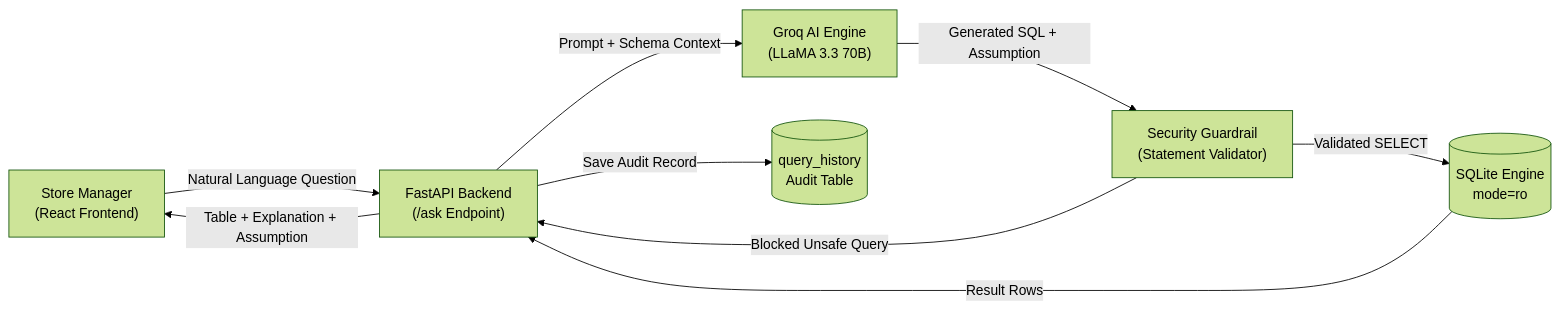
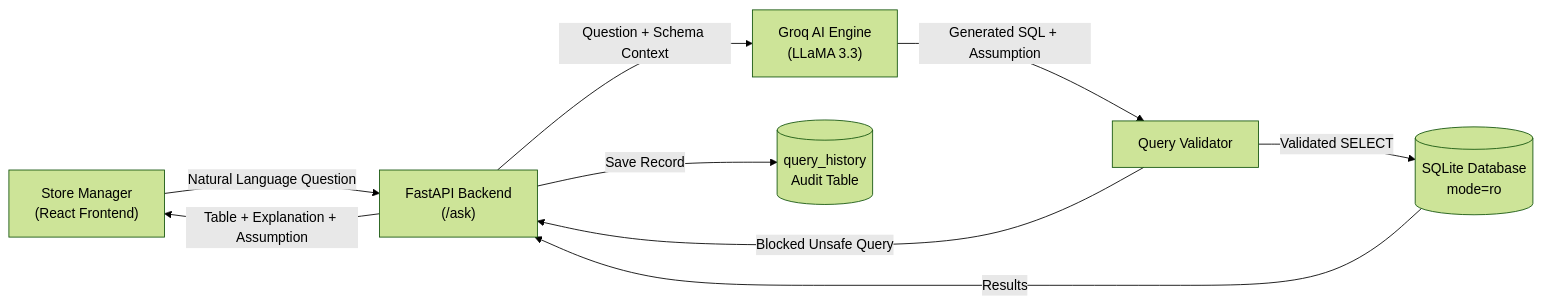
The first of 2 diagrams in README.md (AditiAhuja01/QuickKart-Text-to-SQL-Analytics-Tool), drawn with Mermaid (forest theme) before and after one commit. The commit also changed other lines of this file, not shown here.

Commit message:
docs: simplify README with clean Mermaid ER diagram, plain language security section, and remove filler sections

````diff
--- a/README.md
+++ b/README.md
@@ -40,11 +33,11 @@
 ```mermaid
 flowchart LR
-    A["Store Manager<br>(React Frontend)"] -->|Natural Language Question| B["FastAPI Backend<br>(/ask Endpoint)"]
-    B -->|Prompt + Schema Context| C["Groq AI Engine<br>(LLaMA 3.3 70B)"]
-    C -->|Generated SQL + Assumption| D["Security Guardrail<br>(Statement Validator)"]
-    D -->|Validated SELECT| E[("SQLite Engine<br>mode=ro")]
+    A["Store Manager<br>(React Frontend)"] -->|Natural Language Question| B["FastAPI Backend<br>(/ask)"]
+    B -->|Question + Schema Context| C["Groq AI Engine<br>(LLaMA 3.3)"]
+    C -->|Generated SQL + Assumption| D["Query Validator"]
+    D -->|Validated SELECT| E[("SQLite Database<br>mode=ro")]
     D -->|Blocked Unsafe Query| B
-    E -->|Result Rows| B
-    B -->|Save Audit Record| F[("query_history<br>Audit Table")]
+    E -->|Results| B
+    B -->|Save Record| F[("query_history<br>Audit Table")]
     B -->|Table + Explanation + Assumption| A
 ```
````
